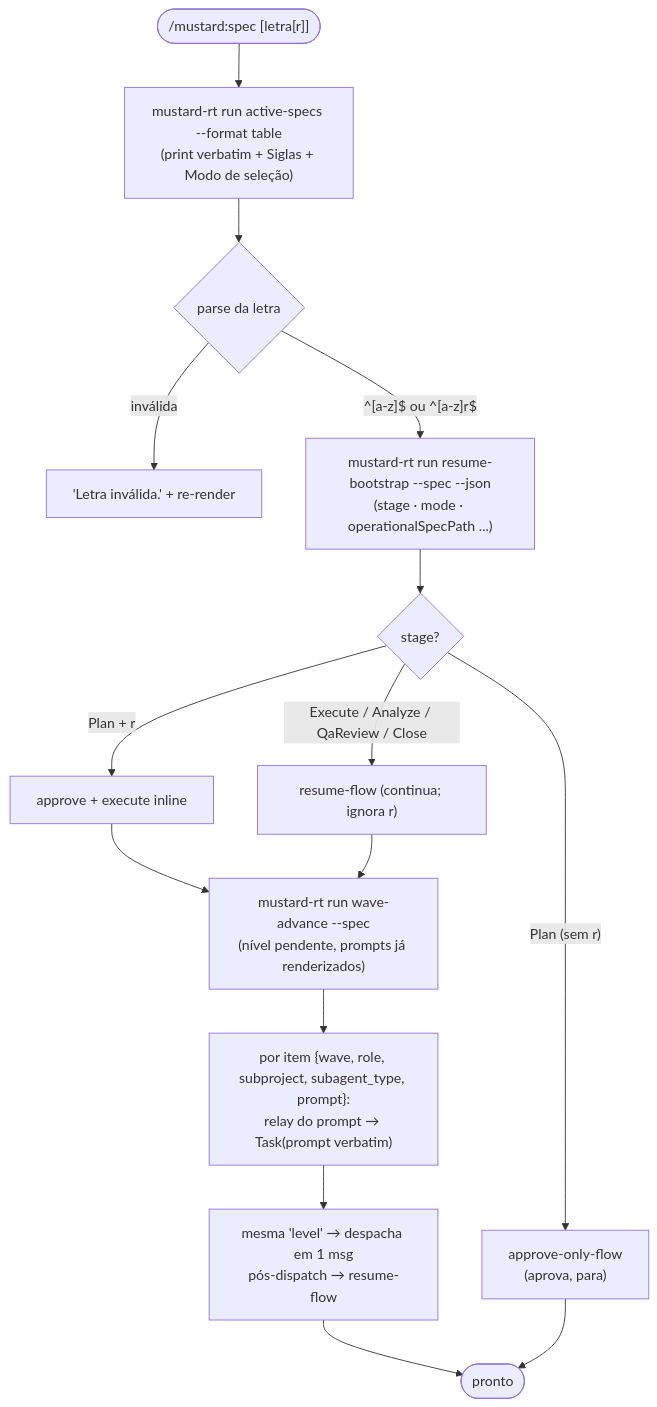
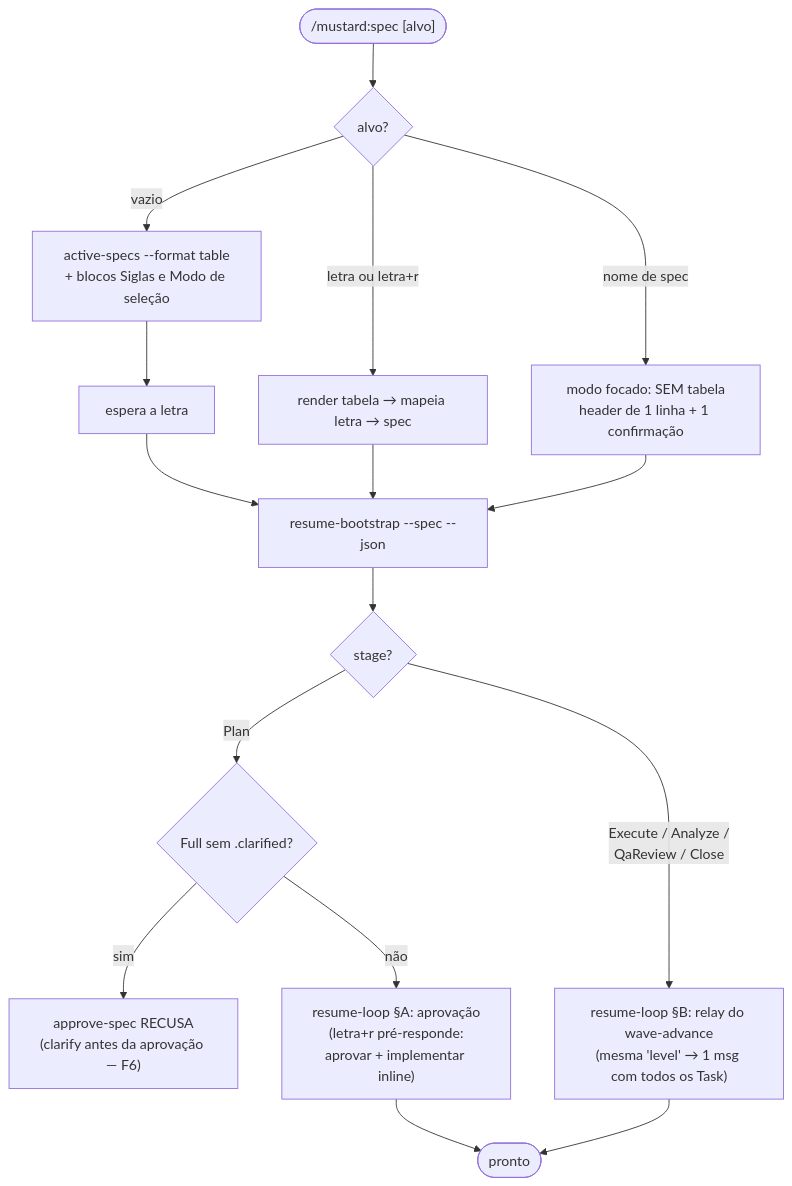
One commit to rubensrpj/mustard changed the seventh of 20 diagrams in MUSTARD-COMMANDS.md. Above: the diagram before and after it, drawn with Mermaid. The commit also changed other lines of this file and 35 other files, not shown here.

````diff
--- a/MUSTARD-COMMANDS.md
+++ b/MUSTARD-COMMANDS.md
@@ -216,19 +261,19 @@
 ```mermaid
 flowchart TD
-    start(["/mustard:spec [letra[r]]"]) --> render["mustard-rt run active-specs --format table<br/>(print verbatim + Siglas + Modo de seleção)"]
-    render --> parse{"parse da letra"}
-    parse -->|inválida| err["'Letra inválida.' + re-render"]
-    parse -->|"^[a-z]$ ou ^[a-z]r$"| boot["mustard-rt run resume-bootstrap --spec --json<br/>(stage · mode · operationalSpecPath ...)"]
+    start(["/mustard:spec [alvo]"]) --> parse{"alvo?"}
+    parse -->|vazio| table["active-specs --format table<br/>+ blocos Siglas e Modo de seleção"]
+    parse -->|"letra ou letra+r"| table2["render tabela → mapeia letra → spec"]
+    parse -->|"nome de spec"| focused["modo focado: SEM tabela<br/>header de 1 linha + 1 confirmação"]
+    table --> wait["espera a letra"]
+    wait --> boot
+    table2 --> boot
+    focused --> boot["resume-bootstrap --spec --json"]
 
     boot --> stage{"stage?"}
-    stage -->|"Plan (sem r)"| approveOnly["approve-only-flow<br/>(aprova, para)"]
-    stage -->|"Plan + r"| approveResume["approve + execute inline"]
-    stage -->|"Execute / Analyze / QaReview / Close"| resume["resume-flow (continua; ignora r)"]
-
-    approveResume --> dp
-    resume --> dp["mustard-rt run wave-advance --spec<br/>(nível pendente, prompts já renderizados)"]
-    dp --> loop["por item {wave, role, subproject, subagent_type, prompt}:<br/>relay do prompt → Task(prompt verbatim)"]
-    loop --> note["mesma 'level' → despacha em 1 msg<br/>pós-dispatch → resume-flow"]
-    note --> done(["pronto"])
-    approveOnly --> done
+    stage -->|Plan| clar{"Full sem .clarified?"}
+    clar -->|sim| refuse["approve-spec RECUSA<br/>(clarify antes da aprovação — F6)"]
+    clar -->|não| approve["resume-loop §A: aprovação<br/>(letra+r pré-responde:<br/>aprovar + implementar inline)"]
+    stage -->|"Execute / Analyze /<br/>QaReview / Close"| loop["resume-loop §B: relay do wave-advance<br/>(mesma 'level' → 1 msg com todos os Task)"]
+    approve --> done(["pronto"])
+    loop --> done
 ```
````
